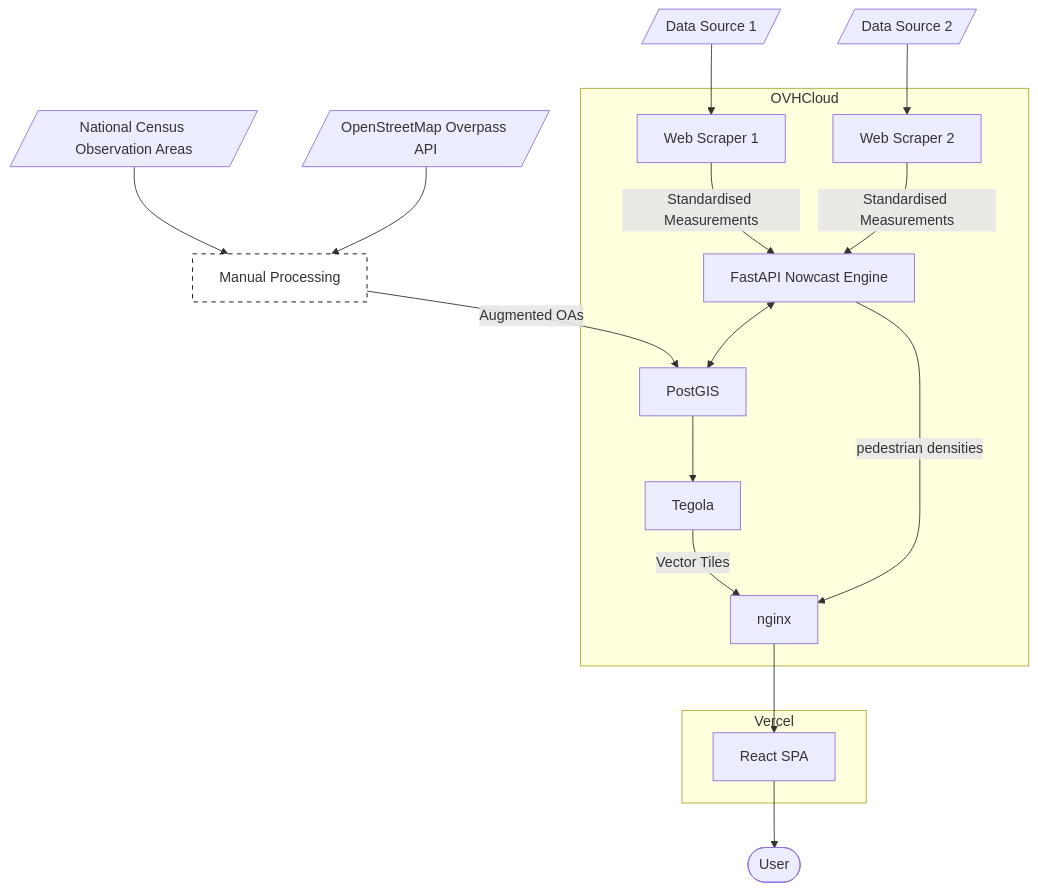
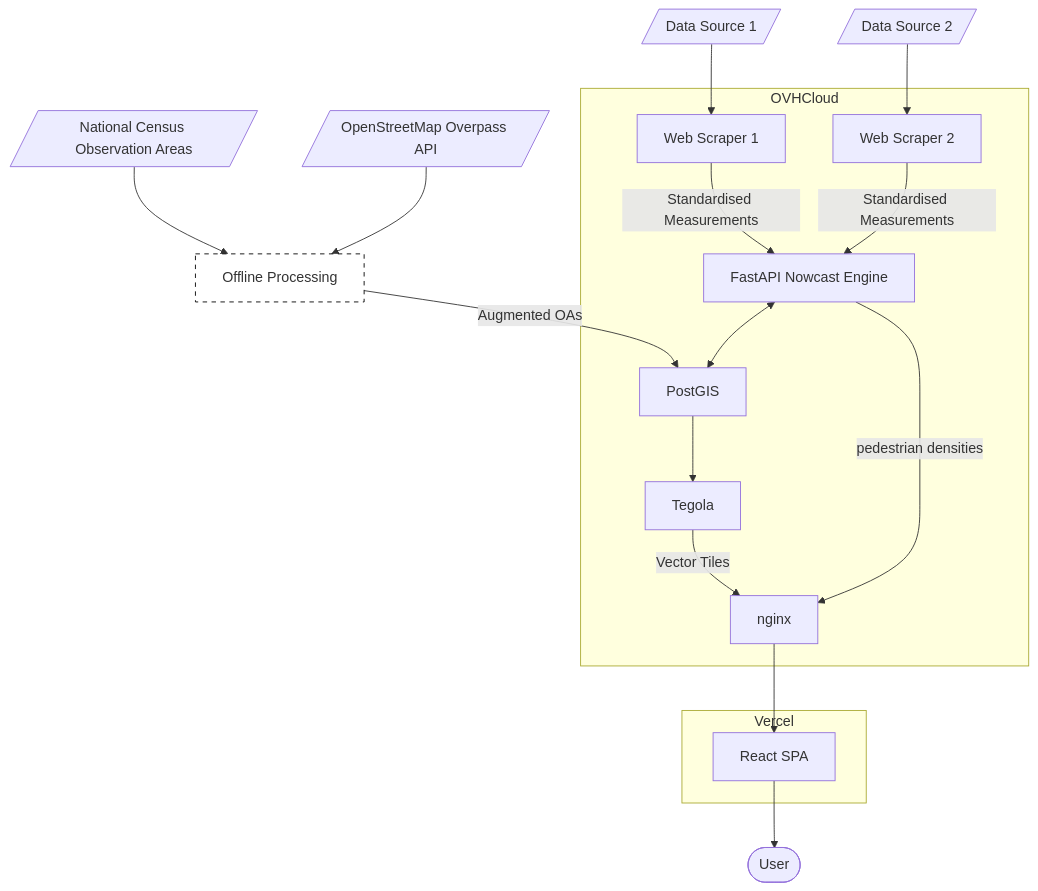
Before and after one commit to TristanGoss/edicrowds-frontend: the diagram in README.md, drawn with Mermaid.

Commit message:
One last README tweak

````diff
--- a/README.md
+++ b/README.md
@@ -24,27 +24,27 @@
 ```mermaid
 graph TD
 
-    DataSource1[/Data Source 1/] --> WebScraper1
-    DataSource2[/Data Source 2/] --> WebScraper2
-    CensusOAs[/National Census Observation Areas/] --> ManualProcessing[Manual Preparation]
-    OpenStreetMap[/OpenStreetMap Overpass API/] --> ManualProcessing[Manual Preparation]
-    ManualProcessing[Manual Processing] -->|Augmented OAs| PostGIS
+  DataSource1[/Data Source 1/] --> WebScraper1
+  DataSource2[/Data Source 2/] --> WebScraper2
+  CensusOAs[/National Census Observation Areas/] --> OfflineProcessing
+  OpenStreetMap[/OpenStreetMap Overpass API/] --> OfflineProcessing
+  OfflineProcessing[Offline Processing] -->|Augmented OAs| PostGIS
 
-    subgraph OVHCloud
-        WebScraper1[Web Scraper 1] -->|Standardised Measurements| Engine
-        WebScraper2[Web Scraper 2] -->|Standardised Measurements| Engine
-        PostGIS --> Tegola
-        Tegola -->|Vector Tiles| nginx
-        Engine <--> PostGIS
-        Engine[FastAPI Nowcast Engine] -->|pedestrian densities| nginx
-    end
+  subgraph OVHCloud
+    WebScraper1[Web Scraper 1] -->|Standardised Measurements| Engine
+    WebScraper2[Web Scraper 2] -->|Standardised Measurements| Engine
+    PostGIS --> Tegola
+    Tegola -->|Vector Tiles| nginx
+    Engine <--> PostGIS
+    Engine[FastAPI Nowcast Engine] -->|pedestrian densities| nginx
+  end
 
-    subgraph Vercel
-        nginx --> ReactSPA[React SPA]
-    end
+  subgraph Vercel
+    nginx --> ReactSPA[React SPA]
+  end
 
-    ReactSPA --> User([User])
+  ReactSPA --> User([User])
 
-    classDef manual fill:#fff,stroke:#000,stroke-dasharray: 5 5;
-    class ManualProcessing manual;
+  classDef offline fill:#fff,stroke:#000,stroke-dasharray: 5 5;
+  class OfflineProcessing offline;
 ```
````
